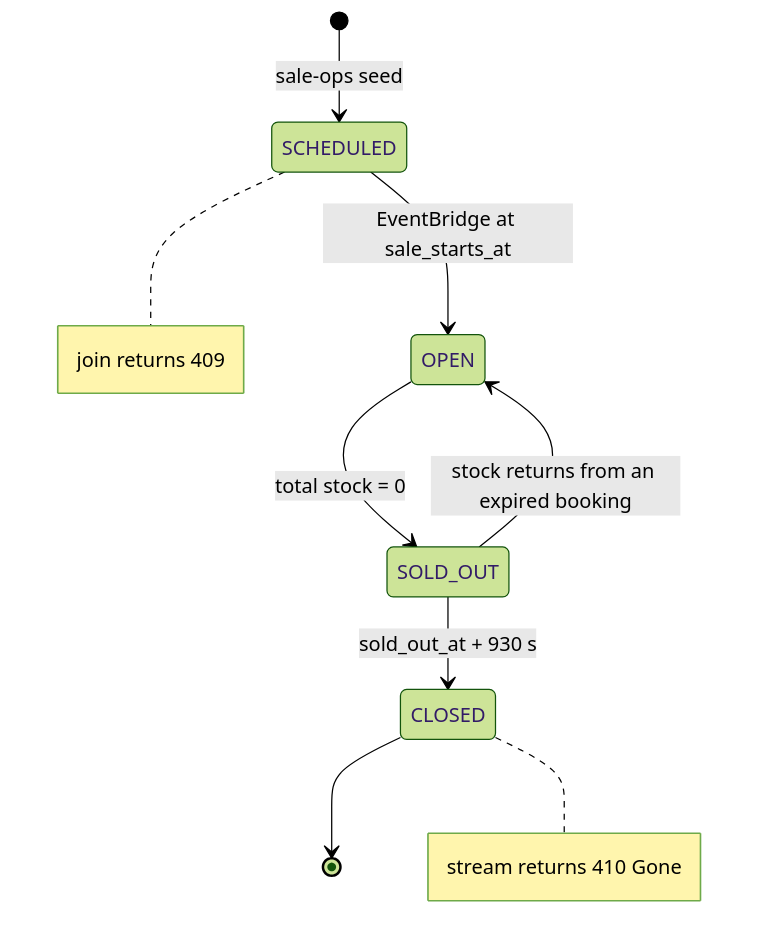
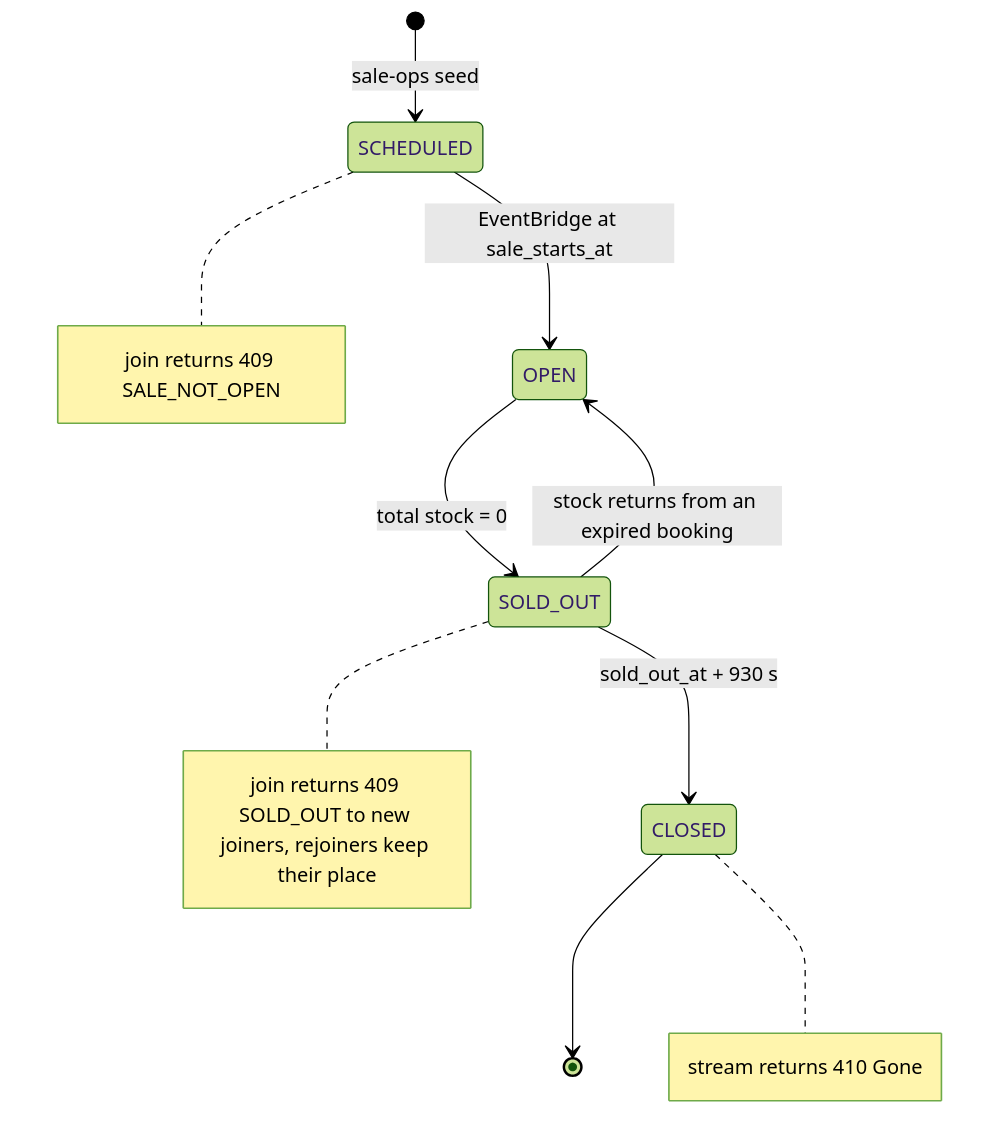
One commit to PTServerJanganTumbang-BookingTicket/be-rusuh-war-ticketing changed the third of 5 diagrams in docs/04-queue/README.md. Above: the diagram before and after it, drawn with Mermaid (forest theme). The commit also changed other lines of this file and 5 other files, not shown here.

````diff
--- a/docs/04-queue/README.md
+++ b/docs/04-queue/README.md
@@ -118,12 +118,13 @@
 ```mermaid
 stateDiagram-v2
     [*] --> SCHEDULED: sale-ops seed
     SCHEDULED --> OPEN: EventBridge at sale_starts_at
     OPEN --> SOLD_OUT: total stock = 0
     SOLD_OUT --> OPEN: stock returns from an expired booking
     SOLD_OUT --> CLOSED: sold_out_at + 930 s
     CLOSED --> [*]
 
-    note right of SCHEDULED: join returns 409
+    note right of SCHEDULED: join returns 409 SALE_NOT_OPEN
+    note right of SOLD_OUT: join returns 409 SOLD_OUT to new joiners, rejoiners keep their place
     note right of CLOSED: stream returns 410 Gone
 ```
````
